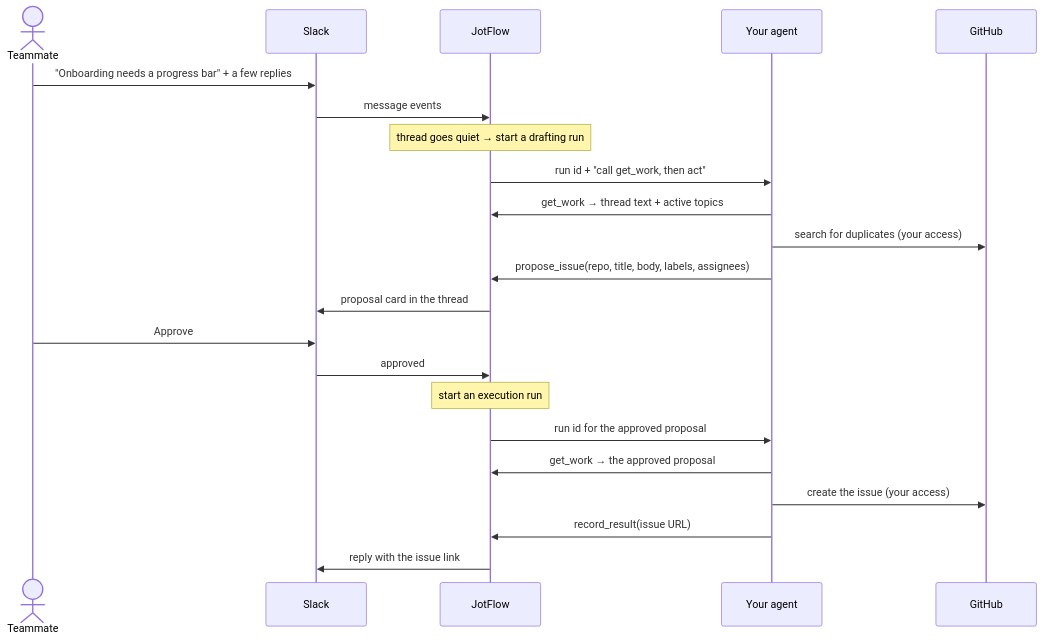
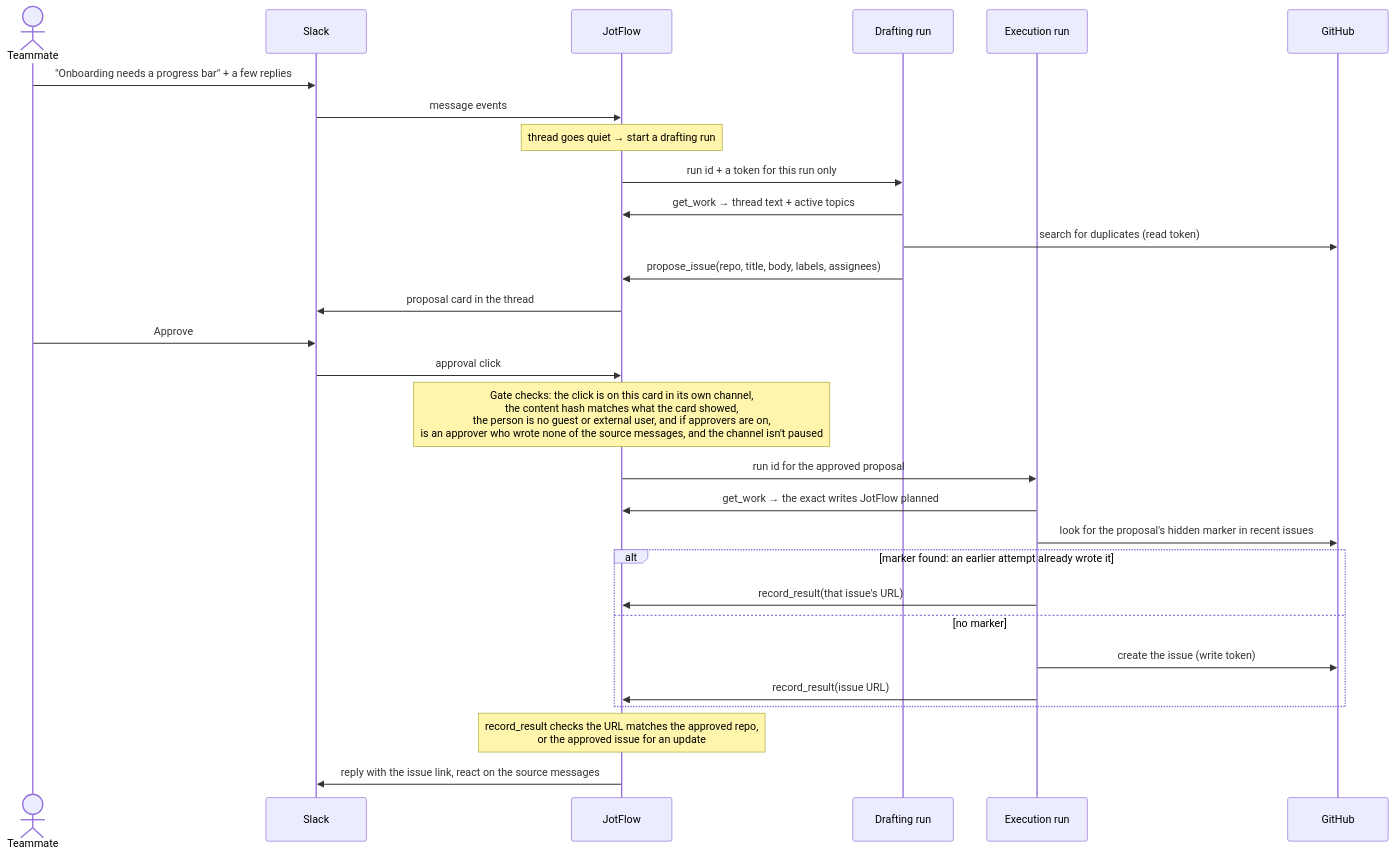
One commit to Jnkman787/jotflow changed the second of 2 diagrams in README.md. Above: the diagram before and after it, drawn with Mermaid. The commit also changed other lines of this file, not shown here.

First line of the commit message:
docs(readme): redraw both diagrams for v0.1.0's three containers and the gate's checks (#223)

````diff
--- a/README.md
+++ b/README.md
@@ -49,25 +72,32 @@
 ```mermaid
 sequenceDiagram
     actor T as Teammate
     participant S as Slack
     participant U as JotFlow
-    participant A as Your agent
+    participant D as Drafting run
+    participant E as Execution run
     participant G as GitHub
 
     T->>S: "Onboarding needs a progress bar" + a few replies
     S->>U: message events
     Note over U: thread goes quiet → start a drafting run
-    U->>A: run id + "call get_work, then act"
-    A->>U: get_work → thread text + active topics
-    A->>G: search for duplicates (your access)
-    A->>U: propose_issue(repo, title, body, labels, assignees)
+    U->>D: run id + a token for this run only
+    D->>U: get_work → thread text + active topics
+    D->>G: search for duplicates (read token)
+    D->>U: propose_issue(repo, title, body, labels, assignees)
     U->>S: proposal card in the thread
     T->>S: Approve
-    S->>U: approved
-    Note over U: start an execution run
-    U->>A: run id for the approved proposal
-    A->>U: get_work → the approved proposal
-    A->>G: create the issue (your access)
-    A->>U: record_result(issue URL)
-    U->>S: reply with the issue link
+    S->>U: approval click
+    Note over U: Gate checks: the click is on this card in its own channel,<br/>the content hash matches what the card showed,<br/>the person is no guest or external user, and if approvers are on,<br/>is an approver who wrote none of the source messages, and the channel isn't paused
+    U->>E: run id for the approved proposal
+    E->>U: get_work → the exact writes JotFlow planned
+    E->>G: look for the proposal's hidden marker in recent issues
+    alt marker found: an earlier attempt already wrote it
+        E->>U: record_result(that issue's URL)
+    else no marker
+        E->>G: create the issue (write token)
+        E->>U: record_result(issue URL)
+    end
+    Note over U: record_result checks the URL matches the approved repo,<br/>or the approved issue for an update
+    U->>S: reply with the issue link, react on the source messages
 ```
````
